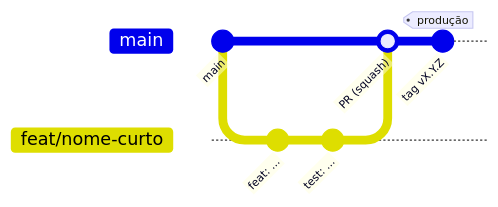
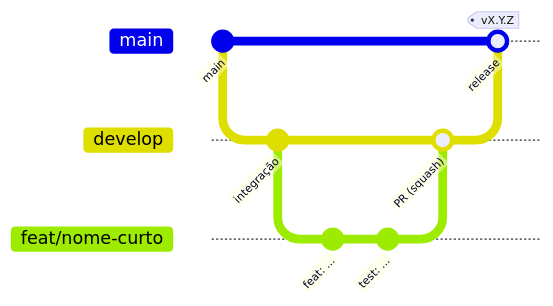
The third of 3 diagrams in README.md (ndelecrodev/ClinicOS), drawn with Mermaid before and after one commit. The commit also changed other lines of this file and 1 other file, not shown here.

First line of the commit message:
docs(repo): adota fluxo com develop antes da main

````diff
--- a/README.md
+++ b/README.md
@@ -205,11 +205,15 @@
 ```mermaid
 gitGraph
     commit id: "main"
+    branch develop
+    checkout develop
+    commit id: "integração"
     branch feat/nome-curto
     checkout feat/nome-curto
     commit id: "feat: ..."
     commit id: "test: ..."
+    checkout develop
+    merge feat/nome-curto id: "PR (squash)"
     checkout main
-    merge feat/nome-curto id: "PR (squash)"
-    commit id: "tag vX.Y.Z" tag: "produção"
+    merge develop id: "release" tag: "vX.Y.Z"
 ```
````
